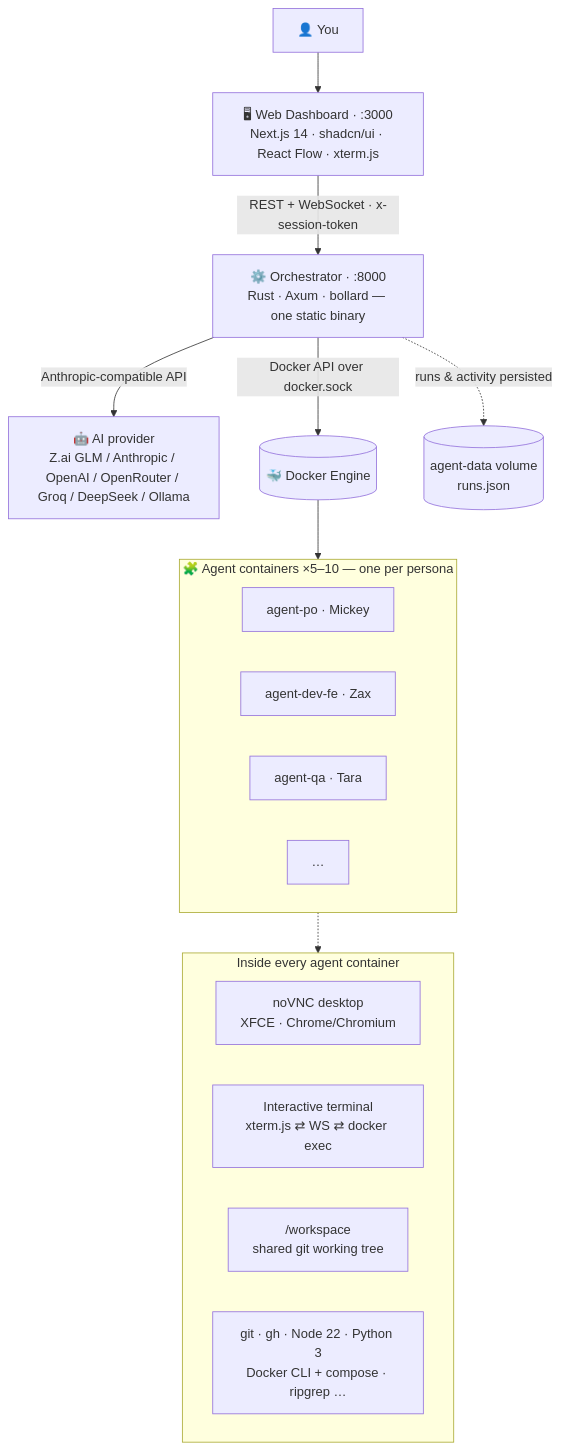
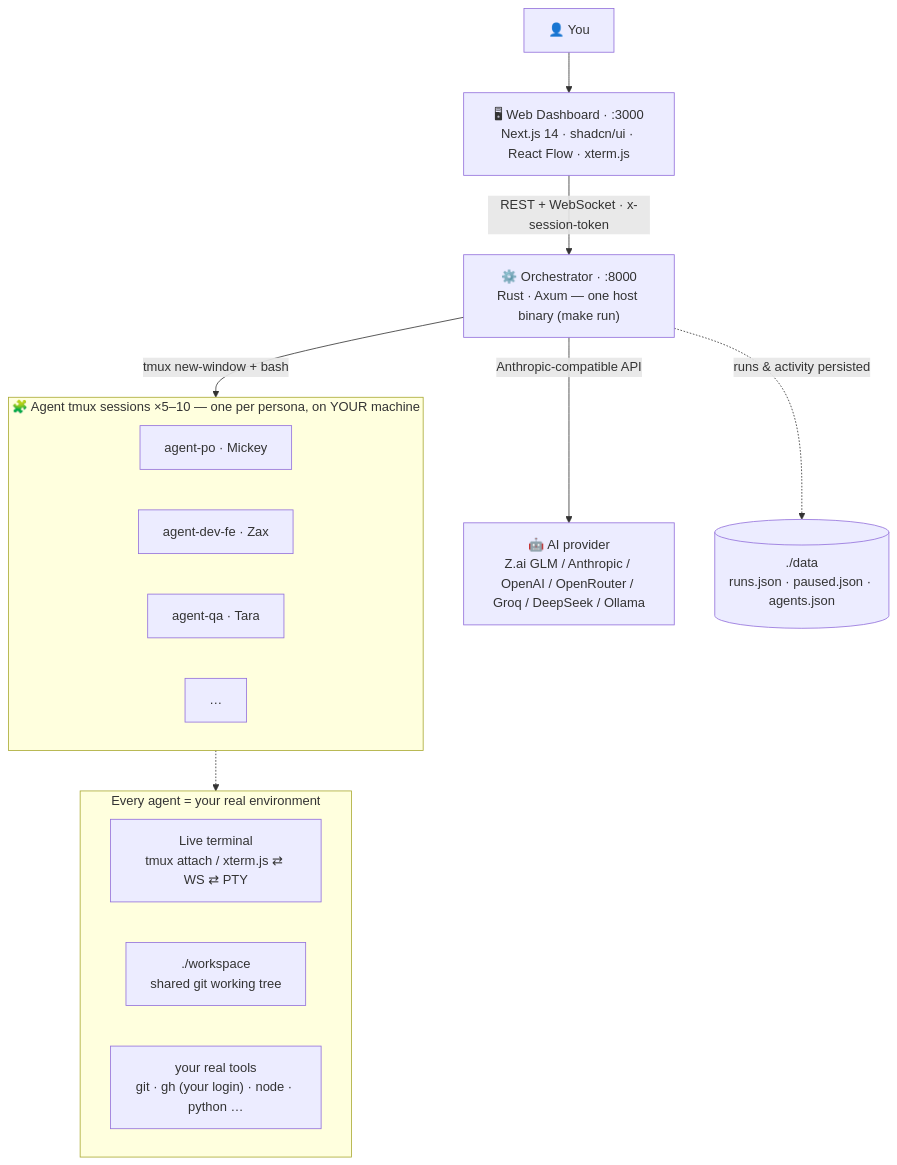
One commit to 9zax/ai-agent-platform changed the second of 2 diagrams in README.md. Above: the diagram before and after it, drawn with Mermaid. The commit also changed other lines of this file and 31 other files, not shown here.

````diff
--- a/README.md
+++ b/README.md
@@ -66,27 +65,25 @@
 ```mermaid
 flowchart TB
     U["👤 You"] --> WEB["🖥 Web Dashboard · :3000<br/>Next.js 14 · shadcn/ui · React Flow · xterm.js"]
-    WEB -->|"REST + WebSocket · x-session-token"| ORCH["⚙️ Orchestrator · :8000<br/>Rust · Axum · bollard — one static binary"]
+    WEB -->|"REST + WebSocket · x-session-token"| ORCH["⚙️ Orchestrator · :8000<br/>Rust · Axum — one host binary (make run)"]
     ORCH -->|"Anthropic-compatible API"| LLM["🤖 AI provider<br/>Z.ai GLM / Anthropic / OpenAI / OpenRouter / Groq / DeepSeek / Ollama"]
-    ORCH -->|"Docker API over docker.sock"| ENGINE[("🐳 Docker Engine")]
 
-    subgraph TEAM["🧩 Agent containers ×5–10 — one per persona"]
+    subgraph TEAM["🧩 Agent tmux sessions ×5–10 — one per persona, on YOUR machine"]
         direction LR
-        A1["agent-po · Mickey"] 
+        A1["agent-po · Mickey"]
         A2["agent-dev-fe · Zax"]
         A3["agent-qa · Tara"]
         A4["…"]
     end
-    ENGINE --> TEAM
+    ORCH -->|"tmux new-window + bash"| TEAM
 
-    subgraph INSIDE["Inside every agent container"]
+    subgraph INSIDE["Every agent = your real environment"]
         direction LR
-        DESK["noVNC desktop<br/>XFCE · Chrome/Chromium"]
-        TERM["Interactive terminal<br/>xterm.js ⇄ WS ⇄ docker exec"]
-        REPO["/workspace<br/>shared git working tree"]
-        TOOLS["git · gh · Node 22 · Python 3<br/>Docker CLI + compose · ripgrep …"]
+        TERM["Live terminal<br/>tmux attach / xterm.js ⇄ WS ⇄ PTY"]
+        REPO["./workspace<br/>shared git working tree"]
+        TOOLS["your real tools<br/>git · gh (your login) · node · python …"]
     end
     TEAM -.-> INSIDE
 
-    ORCH -.->|"runs & activity persisted"| DATA[("agent-data volume<br/>runs.json")]
+    ORCH -.->|"runs & activity persisted"| DATA[("./data<br/>runs.json · paused.json · agents.json")]
 ```
````
